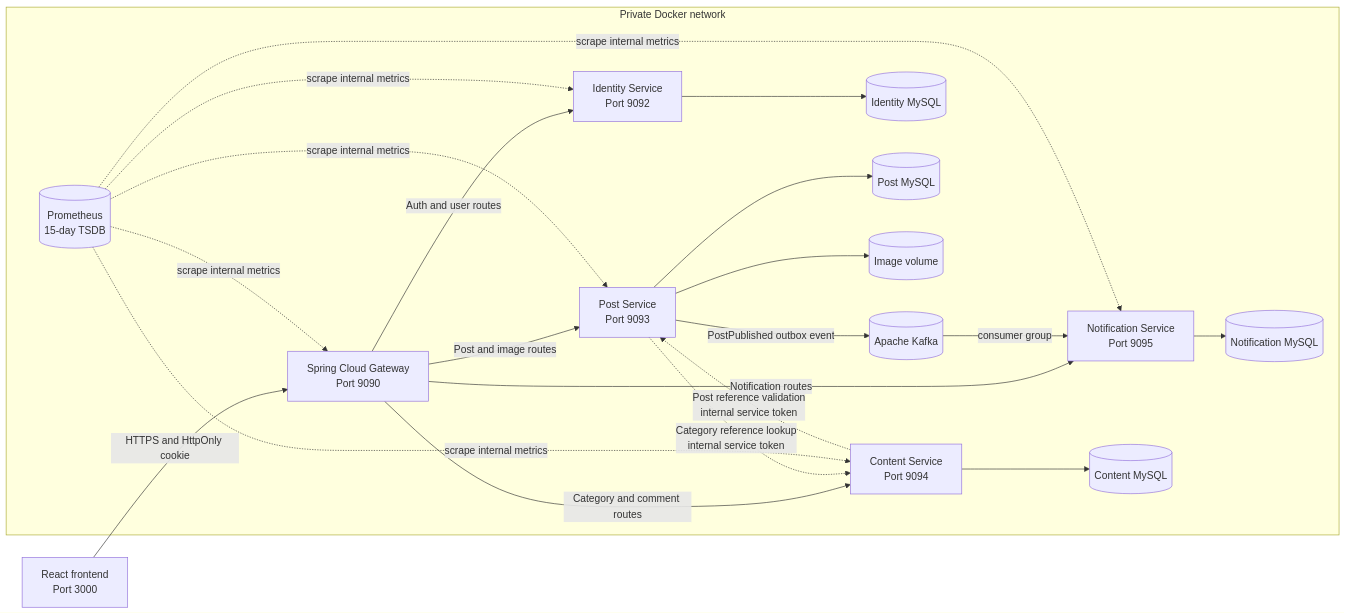
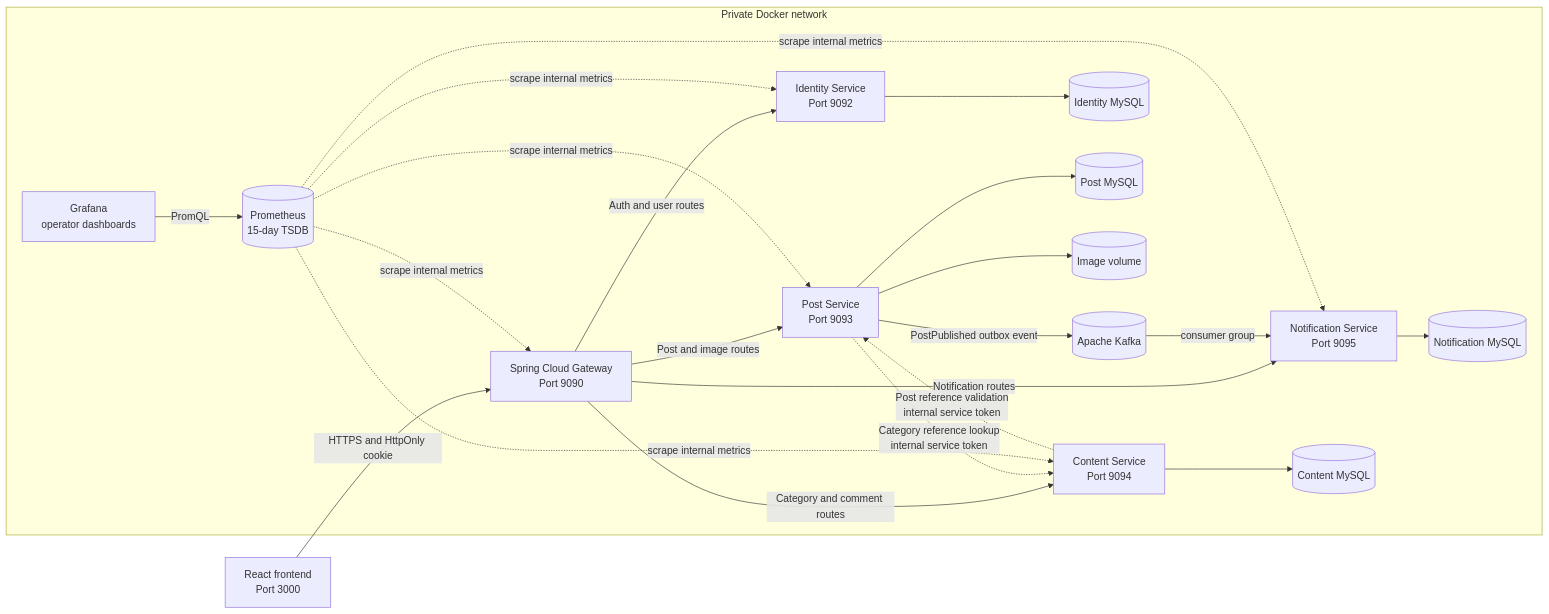
One commit to studywithdanish/microservices-backend changed the first of 2 diagrams in docs/architecture.md. Above: the diagram before and after it, drawn with Mermaid. The commit also changed other lines of this file and 22 other files, not shown here.

Commit message:
Complete observability phase 3 with Grafana dashboards

````diff
--- a/docs/architecture.md
+++ b/docs/architecture.md
@@ -7,28 +7,29 @@
 ```mermaid
 flowchart LR
     Browser[React frontend<br/>Port 3000] -->|HTTPS and HttpOnly cookie| Gateway[Spring Cloud Gateway<br/>Port 9090]
 
     subgraph Private Docker network
         Gateway -->|Auth and user routes| Identity[Identity Service<br/>Port 9092]
         Gateway -->|Post and image routes| Post[Post Service<br/>Port 9093]
         Gateway -->|Category and comment routes| Content[Content Service<br/>Port 9094]
         Gateway -->|Notification routes| Notification[Notification Service<br/>Port 9095]
 
         Identity --> IdentityDb[(Identity MySQL)]
         Post --> PostDb[(Post MySQL)]
         Post --> Images[(Image volume)]
         Content --> ContentDb[(Content MySQL)]
         Notification --> NotificationDb[(Notification MySQL)]
         Post -->|PostPublished outbox event| Kafka[(Apache Kafka)]
         Kafka -->|consumer group| Notification
 
         Post -.->|Category reference lookup<br/>internal service token| Content
         Content -.->|Post reference validation<br/>internal service token| Post
 
         Prometheus[(Prometheus<br/>15-day TSDB)] -.->|scrape internal metrics| Gateway
         Prometheus -.->|scrape internal metrics| Identity
         Prometheus -.->|scrape internal metrics| Post
         Prometheus -.->|scrape internal metrics| Content
         Prometheus -.->|scrape internal metrics| Notification
+        Grafana[Grafana<br/>operator dashboards] -->|PromQL| Prometheus
     end
 ```
````
